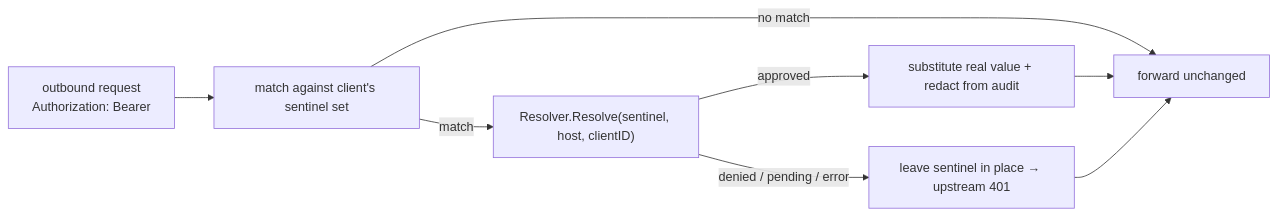
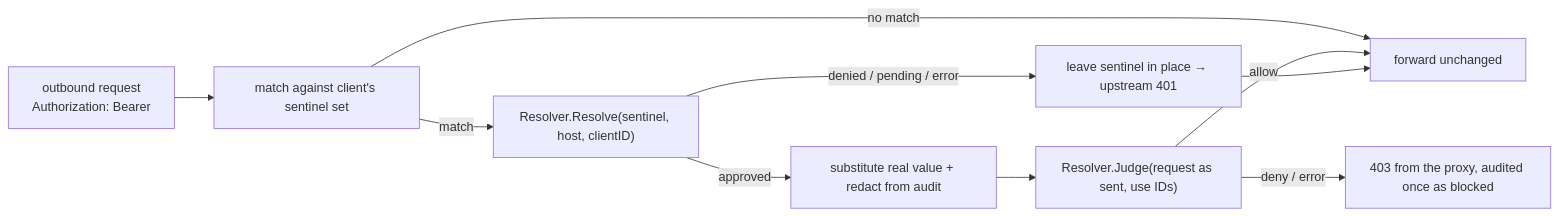
One commit to discobox-ai/discobox changed the second of 2 diagrams in proxy/DESIGN.md. Above: the diagram before and after it, drawn with Mermaid. The commit also changed other lines of this file and 65 other files, not shown here.

````diff
--- a/proxy/DESIGN.md
+++ b/proxy/DESIGN.md
@@ -174,10 +174,12 @@
 ```mermaid
 flowchart LR
     req["outbound request\nAuthorization: Bearer <sentinel>"] --> scan["match against client's sentinel set"]
     scan -->|no match| fwd["forward unchanged"]
     scan -->|match| resolve["Resolver.Resolve(sentinel, host, clientID)"]
     resolve -->|approved| swap["substitute real value + redact from audit"]
     resolve -->|denied / pending / error| leave["leave sentinel in place → upstream 401"]
-    swap --> fwd
+    swap --> judge["Resolver.Judge(request as sent, use IDs)"]
+    judge -->|allow| fwd
+    judge -->|deny / error| refuse["403 from the proxy, audited once as blocked"]
     leave --> fwd
 ```
````
